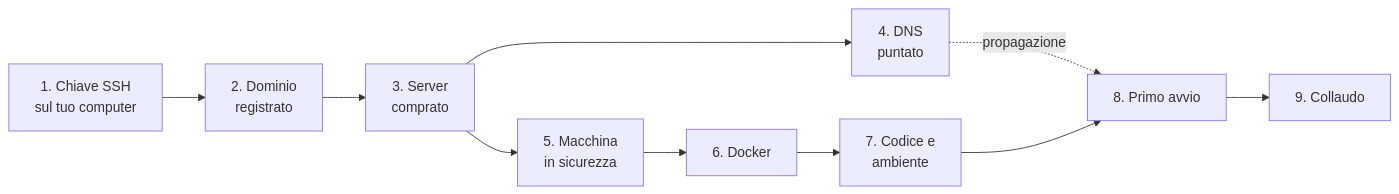
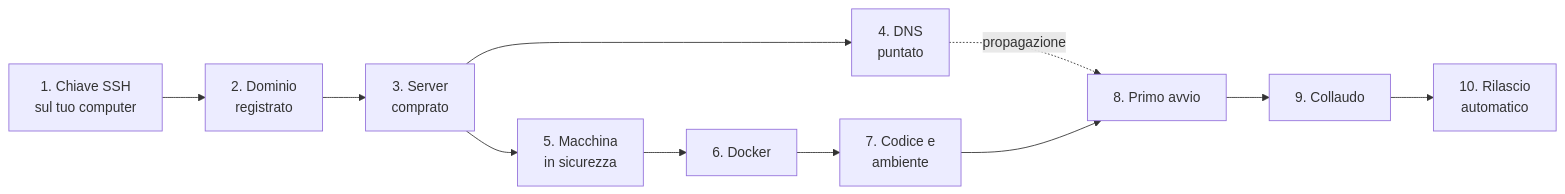
The diagram in docs/messa-in-produzione.md (DavideZanellato99/SkillLab), drawn with Mermaid before and after one commit. The commit also changed other lines of this file and 8 other files, not shown here.

````diff
--- a/docs/messa-in-produzione.md
+++ b/docs/messa-in-produzione.md
@@ -14,12 +16,13 @@
 ```mermaid
 flowchart LR
     A["1. Chiave SSH<br/>sul tuo computer"] --> B["2. Dominio<br/>registrato"]
     B --> C["3. Server<br/>comprato"]
     C --> D["4. DNS<br/>puntato"]
     D -.propagazione.-> H["8. Primo avvio"]
     C --> E["5. Macchina<br/>in sicurezza"]
     E --> F["6. Docker"]
     F --> G["7. Codice e<br/>ambiente"]
     G --> H
     H --> I["9. Collaudo"]
+    I --> J["10. Rilascio<br/>automatico"]
 ```
````
